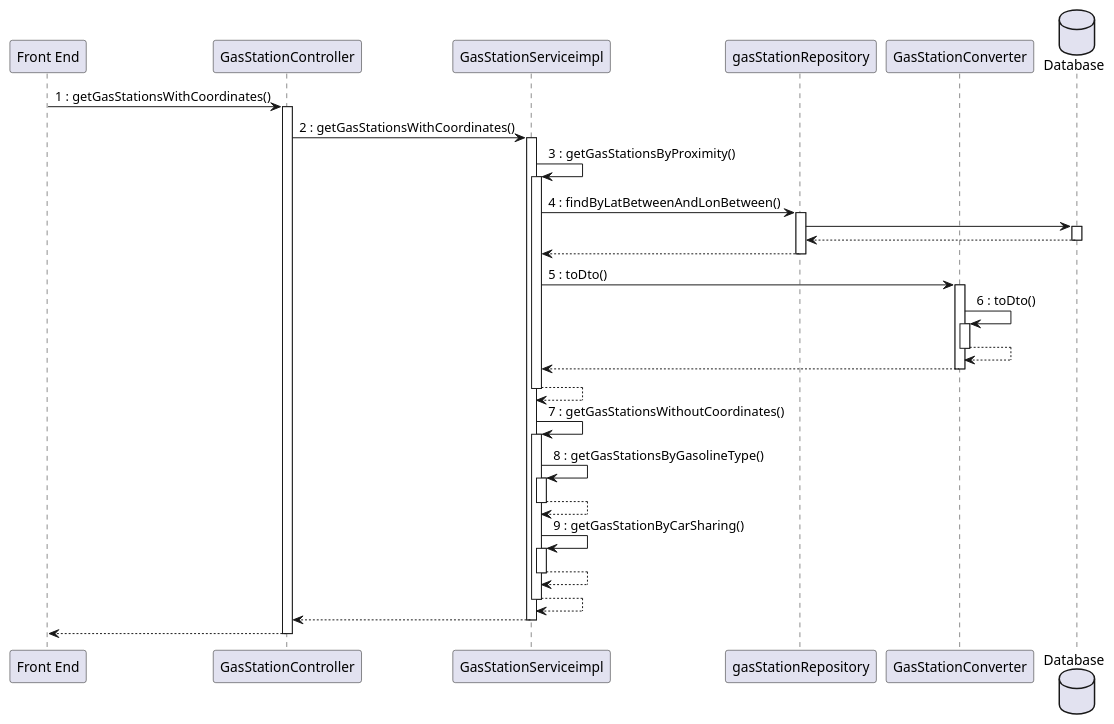
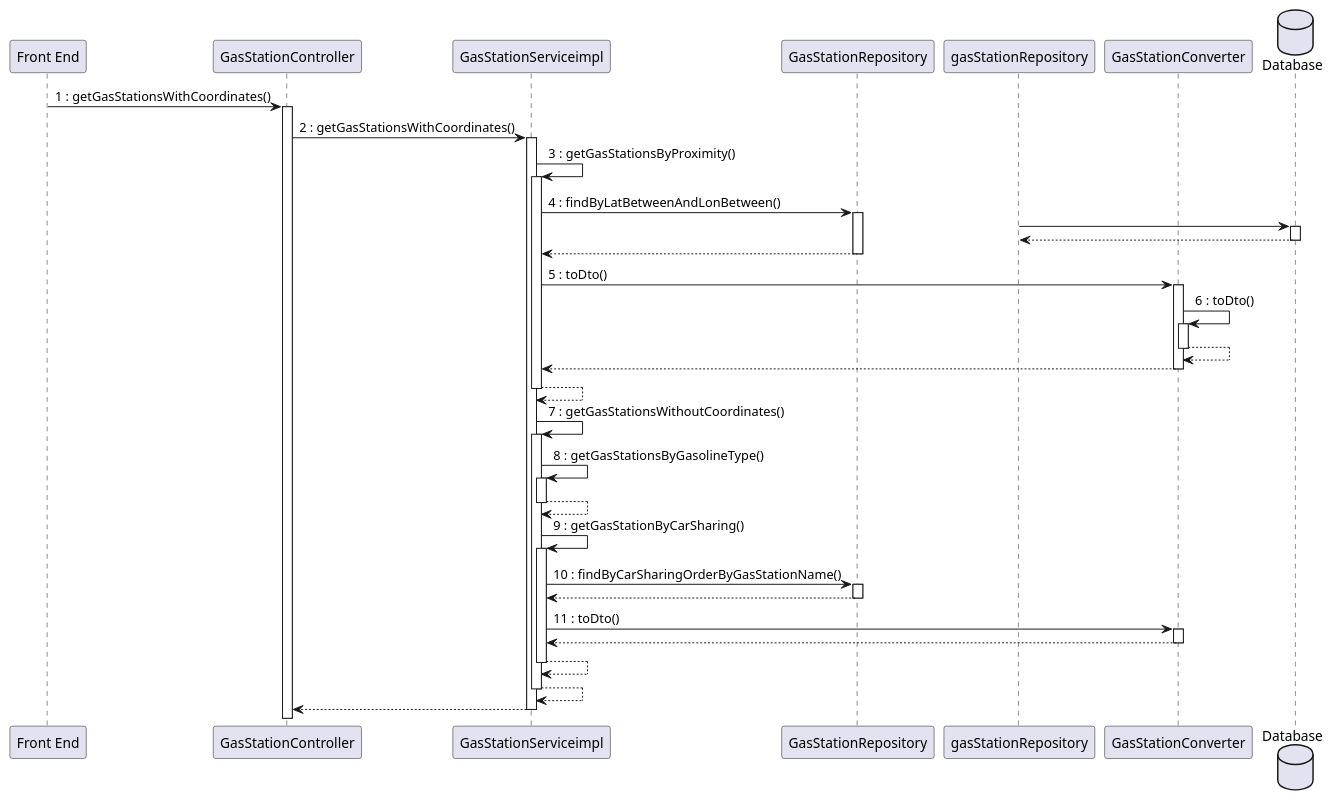
One commit to mosTavassoli/ezgas changed diagram 12 of 15 in docs/DesignDocument.md. Above: the diagram before and after it, drawn with PlantUML.

Commit message:
docs(DesignDocument): fix sequence diagram use case 8

````diff
--- a/docs/DesignDocument.md
+++ b/docs/DesignDocument.md
@@ -834,35 +834,40 @@
 ```plantuml
 database Database order 30
 "Front End" -> GasStationController:1 : getGasStationsWithCoordinates()
 activate GasStationController
 GasStationController -> GasStationServiceimpl:2 : getGasStationsWithCoordinates()
 activate GasStationServiceimpl
 
 GasStationServiceimpl -> GasStationServiceimpl: 3 : getGasStationsByProximity()
 activate GasStationServiceimpl
-GasStationServiceimpl -> gasStationRepository: 4 : findByLatBetweenAndLonBetween()
-activate gasStationRepository
+GasStationServiceimpl -> GasStationRepository: 4 : findByLatBetweenAndLonBetween()
+activate GasStationRepository
 gasStationRepository -> Database
 activate Database
 return
 return
 GasStationServiceimpl -> GasStationConverter: 5 : toDto()
 activate GasStationConverter
 GasStationConverter -> GasStationConverter: 6 : toDto()
 activate GasStationConverter
 return
 return
 return
 
 GasStationServiceimpl -> GasStationServiceimpl: 7 : getGasStationsWithoutCoordinates()
 activate GasStationServiceimpl
 GasStationServiceimpl -> GasStationServiceimpl: 8 : getGasStationsByGasolineType()
 activate GasStationServiceimpl
 return
 GasStationServiceimpl -> GasStationServiceimpl: 9 : getGasStationByCarSharing()
 activate GasStationServiceimpl
+GasStationServiceimpl -> GasStationRepository: 10 : findByCarSharingOrderByGasStationName()
+activate GasStationRepository
+return
+GasStationServiceimpl -> GasStationConverter: 11 : toDto()
+activate GasStationConverter
 return
 return
 return
 return
 ```
````
